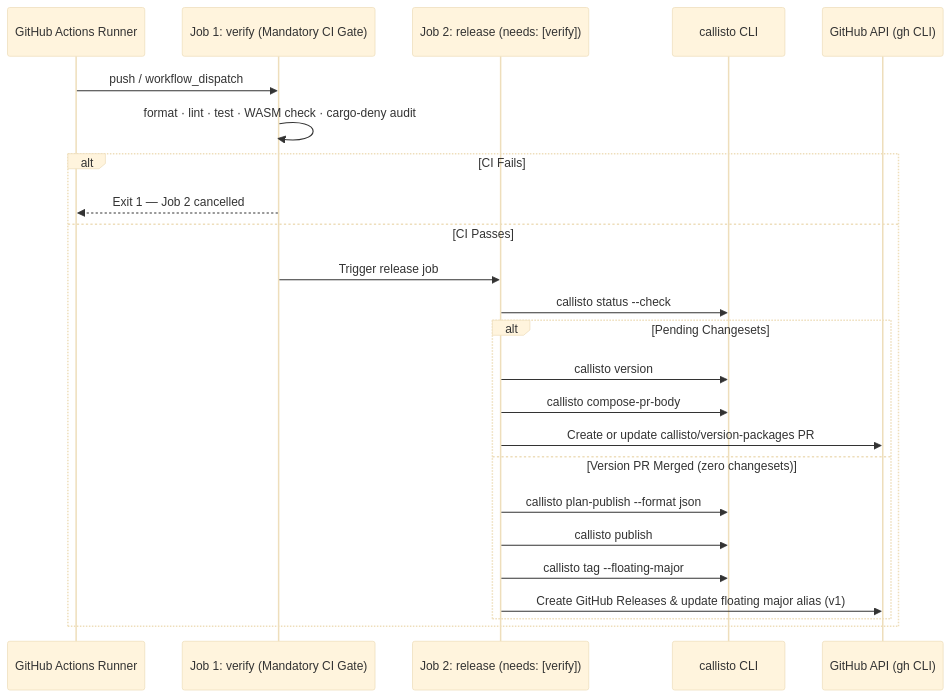
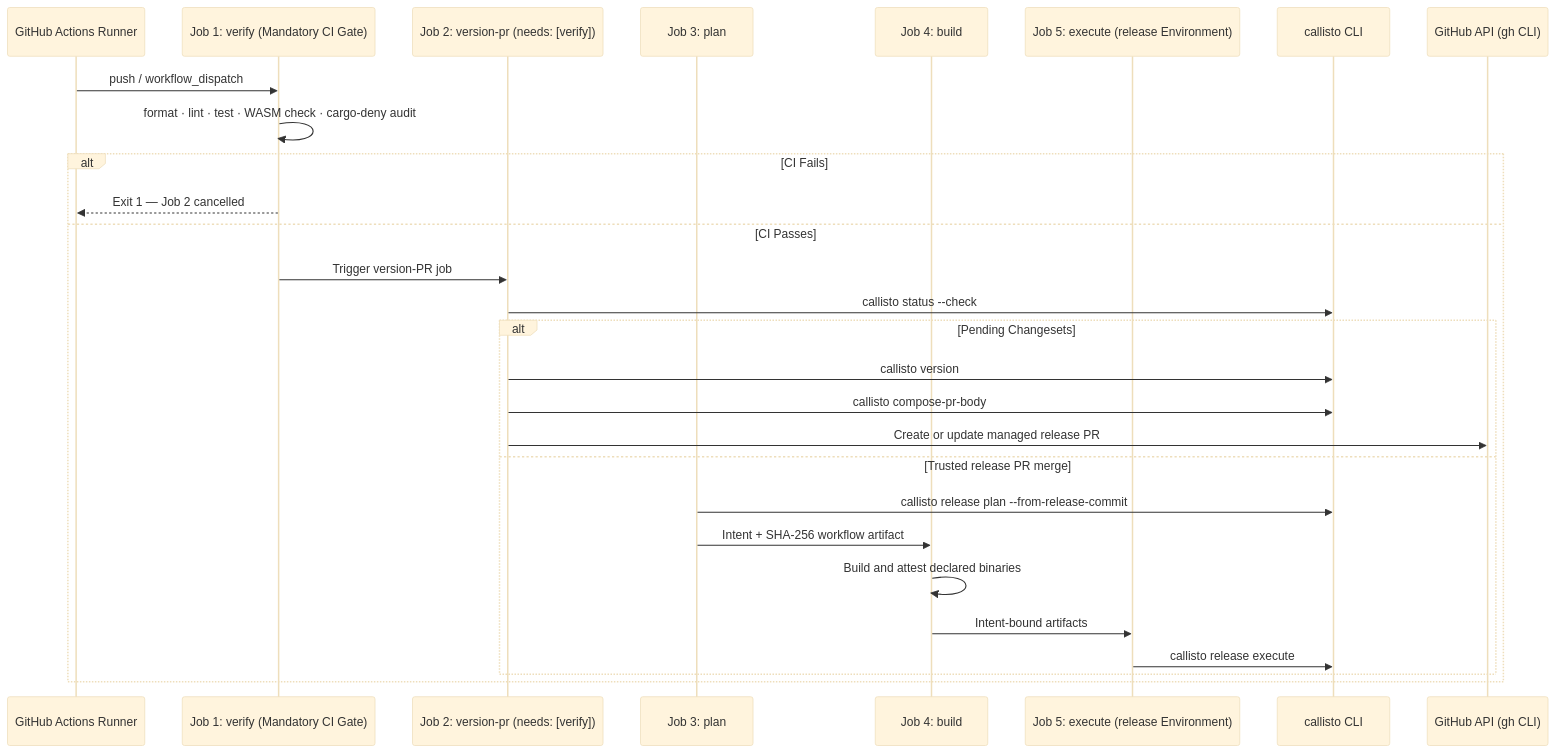
One commit to orin-dx/callisto changed the fourth of 4 diagrams in ARCHITECTURE.md. Above: the diagram before and after it, drawn with Mermaid. The commit also changed other lines of this file and 17 other files, not shown here.

First line of the commit message:
Harden durable release PR workflow (#43)

````diff
--- a/ARCHITECTURE.md
+++ b/ARCHITECTURE.md
@@ -364,28 +364,32 @@
 ```mermaid
 %%{init: {'theme': 'base', 'themeVariables': {'lineColor': '#64748b', 'edgeLabelBackground': '#f8fafc', 'fontFamily': 'ui-sans-serif, system-ui, sans-serif'}}}%%
 sequenceDiagram
     participant Runner as GitHub Actions Runner
     participant Verify as Job 1: verify (Mandatory CI Gate)
-    participant Action as Job 2: release (needs: [verify])
+    participant VersionPR as Job 2: version-pr (needs: [verify])
+    participant Plan as Job 3: plan
+    participant Build as Job 4: build
+    participant Execute as Job 5: execute (release Environment)
     participant CLI as callisto CLI
     participant GH as GitHub API (gh CLI)
 
     Runner->>Verify: push / workflow_dispatch
     Verify->>Verify: format · lint · test · WASM check · cargo-deny audit
     alt CI Fails
         Verify-->>Runner: Exit 1 — Job 2 cancelled
     else CI Passes
-        Verify->>Action: Trigger release job
-        Action->>CLI: callisto status --check
+        Verify->>VersionPR: Trigger version-PR job
+        VersionPR->>CLI: callisto status --check
         alt Pending Changesets
-            Action->>CLI: callisto version
-            Action->>CLI: callisto compose-pr-body
-            Action->>GH: Create or update callisto/version-packages PR
-        else Version PR Merged (zero changesets)
-            Action->>CLI: callisto plan-publish --format json
-            Action->>CLI: callisto publish
-            Action->>CLI: callisto tag --floating-major
-            Action->>GH: Create GitHub Releases & update floating major alias (v1)
+            VersionPR->>CLI: callisto version
+            VersionPR->>CLI: callisto compose-pr-body
+            VersionPR->>GH: Create or update managed release PR
+        else Trusted release PR merge
+            Plan->>CLI: callisto release plan --from-release-commit
+            Plan->>Build: Intent + SHA-256 workflow artifact
+            Build->>Build: Build and attest declared binaries
+            Build->>Execute: Intent-bound artifacts
+            Execute->>CLI: callisto release execute
         end
     end
 ```
````
